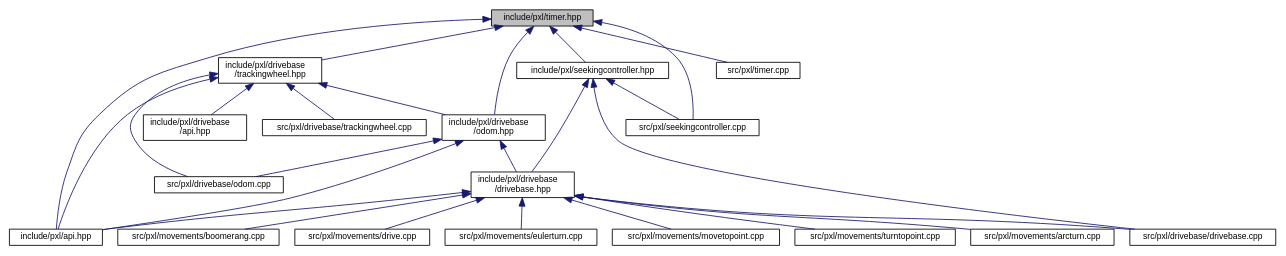
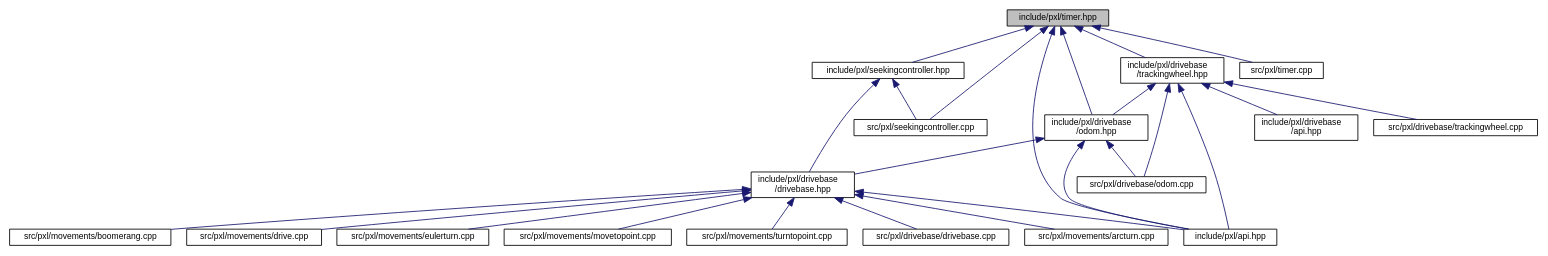
Before and after one commit to Pixel-Lib/Pixel: the diagram in timer_8hpp__dep__incl.dot, drawn with Graphviz. The commit also changed 159 other files, not shown here.

```diff
--- a/timer_8hpp__dep__incl.dot
+++ b/timer_8hpp__dep__incl.dot
@@ -1,49 +1,48 @@
 digraph "include/pxl/timer.hpp"
 {
  // LATEX_PDF_SIZE
   edge [fontname="Helvetica",fontsize="10",labelfontname="Helvetica",labelfontsize="10"];
   node [fontname="Helvetica",fontsize="10",shape=record];
   Node1 [label="include/pxl/timer.hpp",height=0.2,width=0.4,color="black", fillcolor="grey75", style="filled", fontcolor="black",tooltip=" "];
   Node1 -> Node2 [dir="back",color="midnightblue",fontsize="10",style="solid",fontname="Helvetica"];
   Node2 [label="include/pxl/api.hpp",height=0.2,width=0.4,color="black", fillcolor="white", style="filled",URL="$api_8hpp.html",tooltip=" "];
   Node1 -> Node3 [dir="back",color="midnightblue",fontsize="10",style="solid",fontname="Helvetica"];
   Node3 [label="include/pxl/drivebase\l/odom.hpp",height=0.2,width=0.4,color="black", fillcolor="white", style="filled",URL="$odom_8hpp.html",tooltip=" "];
   Node3 -> Node2 [dir="back",color="midnightblue",fontsize="10",style="solid",fontname="Helvetica"];
   Node3 -> Node4 [dir="back",color="midnightblue",fontsize="10",style="solid",fontname="Helvetica"];
   Node4 [label="include/pxl/drivebase\l/drivebase.hpp",height=0.2,width=0.4,color="black", fillcolor="white", style="filled",URL="$drivebase_8hpp.html",tooltip=" "];
   Node4 -> Node2 [dir="back",color="midnightblue",fontsize="10",style="solid",fontname="Helvetica"];
   Node4 -> Node5 [dir="back",color="midnightblue",fontsize="10",style="solid",fontname="Helvetica"];
   Node5 [label="src/pxl/drivebase/drivebase.cpp",height=0.2,width=0.4,color="black", fillcolor="white", style="filled",URL="$drivebase_8cpp.html",tooltip=" "];
   Node4 -> Node6 [dir="back",color="midnightblue",fontsize="10",style="solid",fontname="Helvetica"];
   Node6 [label="src/pxl/movements/arcturn.cpp",height=0.2,width=0.4,color="black", fillcolor="white", style="filled",URL="$arcturn_8cpp.html",tooltip=" "];
   Node4 -> Node7 [dir="back",color="midnightblue",fontsize="10",style="solid",fontname="Helvetica"];
   Node7 [label="src/pxl/movements/boomerang.cpp",height=0.2,width=0.4,color="black", fillcolor="white", style="filled",URL="$boomerang_8cpp.html",tooltip=" "];
   Node4 -> Node8 [dir="back",color="midnightblue",fontsize="10",style="solid",fontname="Helvetica"];
   Node8 [label="src/pxl/movements/drive.cpp",height=0.2,width=0.4,color="black", fillcolor="white", style="filled",URL="$drive_8cpp.html",tooltip=" "];
   Node4 -> Node9 [dir="back",color="midnightblue",fontsize="10",style="solid",fontname="Helvetica"];
   Node9 [label="src/pxl/movements/eulerturn.cpp",height=0.2,width=0.4,color="black", fillcolor="white", style="filled",URL="$eulerturn_8cpp.html",tooltip=" "];
   Node4 -> Node10 [dir="back",color="midnightblue",fontsize="10",style="solid",fontname="Helvetica"];
   Node10 [label="src/pxl/movements/movetopoint.cpp",height=0.2,width=0.4,color="black", fillcolor="white", style="filled",URL="$movetopoint_8cpp.html",tooltip=" "];
   Node4 -> Node11 [dir="back",color="midnightblue",fontsize="10",style="solid",fontname="Helvetica"];
   Node11 [label="src/pxl/movements/turntopoint.cpp",height=0.2,width=0.4,color="black", fillcolor="white", style="filled",URL="$turntopoint_8cpp.html",tooltip=" "];
   Node3 -> Node12 [dir="back",color="midnightblue",fontsize="10",style="solid",fontname="Helvetica"];
   Node12 [label="src/pxl/drivebase/odom.cpp",height=0.2,width=0.4,color="black", fillcolor="white", style="filled",URL="$odom_8cpp.html",tooltip=" "];
   Node1 -> Node13 [dir="back",color="midnightblue",fontsize="10",style="solid",fontname="Helvetica"];
   Node13 [label="include/pxl/drivebase\l/trackingwheel.hpp",height=0.2,width=0.4,color="black", fillcolor="white", style="filled",URL="$trackingwheel_8hpp.html",tooltip=" "];
   Node13 -> Node2 [dir="back",color="midnightblue",fontsize="10",style="solid",fontname="Helvetica"];
   Node13 -> Node14 [dir="back",color="midnightblue",fontsize="10",style="solid",fontname="Helvetica"];
   Node14 [label="include/pxl/drivebase\l/api.hpp",height=0.2,width=0.4,color="black", fillcolor="white", style="filled",URL="$drivebase_2api_8hpp.html",tooltip=" "];
   Node13 -> Node3 [dir="back",color="midnightblue",fontsize="10",style="solid",fontname="Helvetica"];
   Node13 -> Node12 [dir="back",color="midnightblue",fontsize="10",style="solid",fontname="Helvetica"];
   Node13 -> Node15 [dir="back",color="midnightblue",fontsize="10",style="solid",fontname="Helvetica"];
   Node15 [label="src/pxl/drivebase/trackingwheel.cpp",height=0.2,width=0.4,color="black", fillcolor="white", style="filled",URL="$trackingwheel_8cpp.html",tooltip=" "];
   Node1 -> Node16 [dir="back",color="midnightblue",fontsize="10",style="solid",fontname="Helvetica"];
   Node16 [label="include/pxl/seekingcontroller.hpp",height=0.2,width=0.4,color="black", fillcolor="white", style="filled",URL="$seekingcontroller_8hpp.html",tooltip=" "];
   Node16 -> Node4 [dir="back",color="midnightblue",fontsize="10",style="solid",fontname="Helvetica"];
-  Node16 -> Node5 [dir="back",color="midnightblue",fontsize="10",style="solid",fontname="Helvetica"];
   Node16 -> Node17 [dir="back",color="midnightblue",fontsize="10",style="solid",fontname="Helvetica"];
   Node17 [label="src/pxl/seekingcontroller.cpp",height=0.2,width=0.4,color="black", fillcolor="white", style="filled",URL="$seekingcontroller_8cpp.html",tooltip=" "];
   Node1 -> Node17 [dir="back",color="midnightblue",fontsize="10",style="solid",fontname="Helvetica"];
   Node1 -> Node18 [dir="back",color="midnightblue",fontsize="10",style="solid",fontname="Helvetica"];
   Node18 [label="src/pxl/timer.cpp",height=0.2,width=0.4,color="black", fillcolor="white", style="filled",URL="$timer_8cpp.html",tooltip=" "];
 }
```
